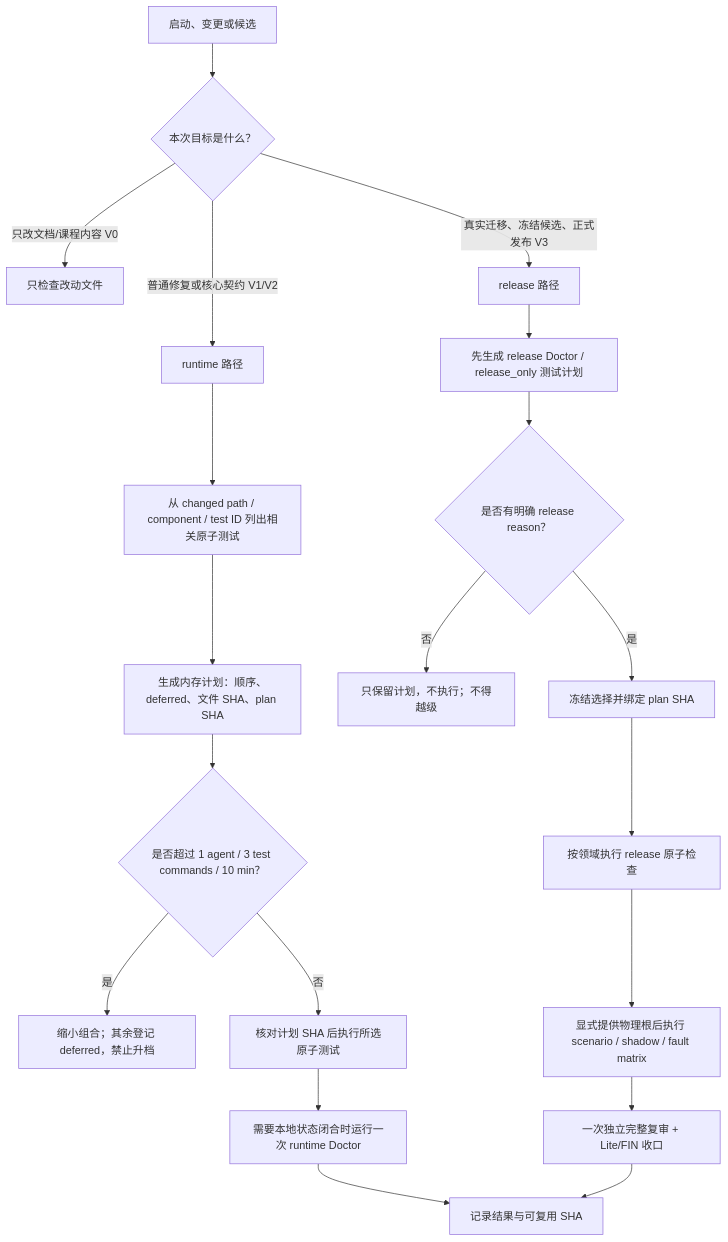
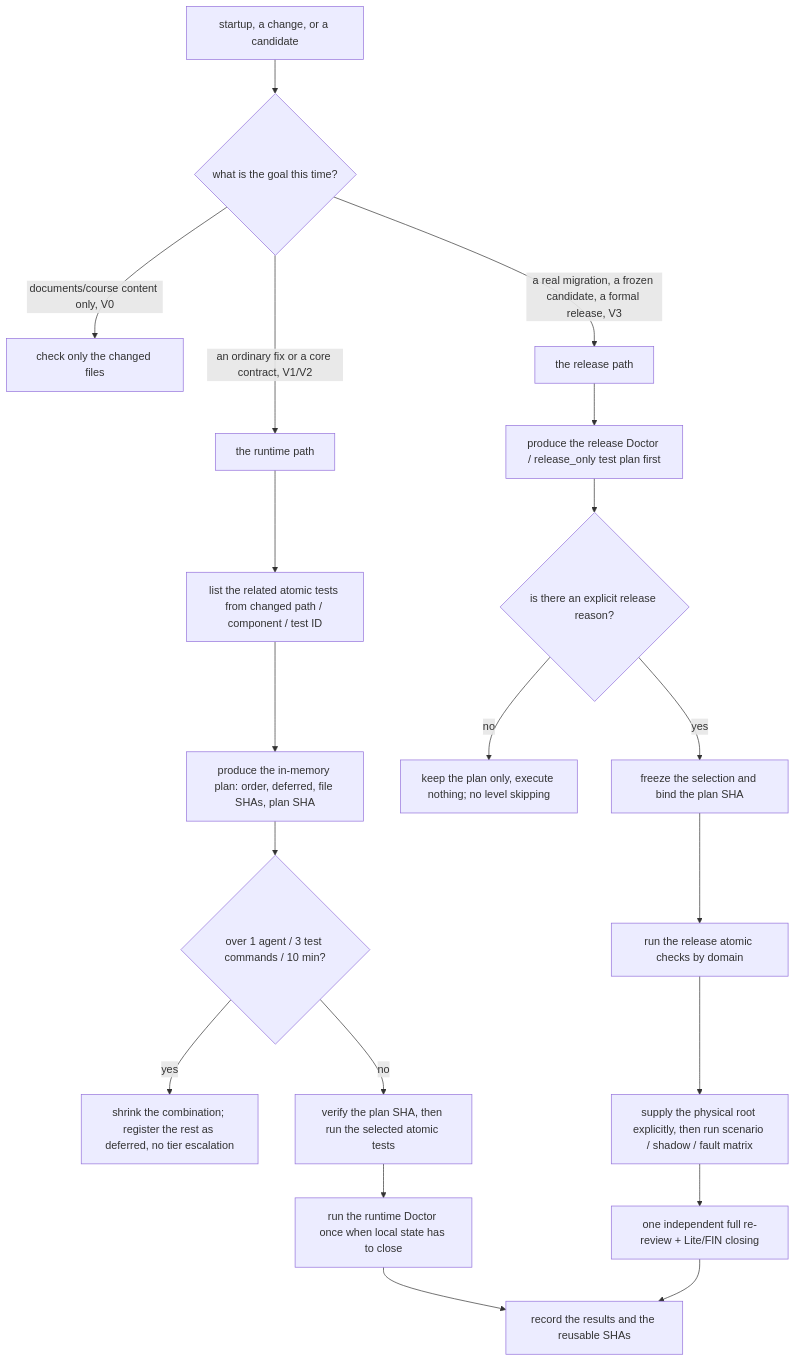
One commit to lungstrahv/T2AG changed the diagram in en/main/50_playbook/validation_flow.md. Above: the diagram before and after it, drawn with Mermaid. The commit also changed other lines of this file and 150 other files, not shown here.

Commit message:
release: sync zh@286f4fb / en@1e0b78e — P-0082 English first screen, cross-edition gate, P-0081/P-0083 test fixes; licensing wording

````diff
--- a/en/main/50_playbook/validation_flow.md
+++ b/en/main/50_playbook/validation_flow.md
@@ -10,24 +11,24 @@
 ```mermaid
 flowchart TD
-    A["启动、变更或候选"] --> B{"本次目标是什么？"}
-    B -->|"只改文档/课程内容 V0"| V0["只检查改动文件"]
-    B -->|"普通修复或核心契约 V1/V2"| R["runtime 路径"]
-    B -->|"真实迁移、冻结候选、正式发布 V3"| P["release 路径"]
+    A["startup, a change, or a candidate"] --> B{"what is the goal this time?"}
+    B -->|"documents/course content only, V0"| V0["check only the changed files"]
+    B -->|"an ordinary fix or a core contract, V1/V2"| R["the runtime path"]
+    B -->|"a real migration, a frozen candidate, a formal release, V3"| P["the release path"]
 
-    R --> R1["从 changed path / component / test ID 列出相关原子测试"]
-    R1 --> R2["生成内存计划：顺序、deferred、文件 SHA、plan SHA"]
-    R2 --> R3{"是否超过 1 agent / 3 test commands / 10 min？"}
-    R3 -->|"是"| RD["缩小组合；其余登记 deferred，禁止升档"]
-    R3 -->|"否"| R4["核对计划 SHA 后执行所选原子测试"]
-    R4 --> R5["需要本地状态闭合时运行一次 runtime Doctor"]
-    R5 --> END["记录结果与可复用 SHA"]
+    R --> R1["list the related atomic tests from changed path / component / test ID"]
+    R1 --> R2["produce the in-memory plan: order, deferred, file SHAs, plan SHA"]
+    R2 --> R3{"over 1 agent / 3 test commands / 10 min?"}
+    R3 -->|"yes"| RD["shrink the combination; register the rest as deferred, no tier escalation"]
+    R3 -->|"no"| R4["verify the plan SHA, then run the selected atomic tests"]
+    R4 --> R5["run the runtime Doctor once when local state has to close"]
+    R5 --> END["record the results and the reusable SHAs"]
 
-    P --> P1["先生成 release Doctor / release_only 测试计划"]
-    P1 --> P2{"是否有明确 release reason？"}
-    P2 -->|"否"| STOP["只保留计划，不执行；不得越级"]
-    P2 -->|"是"| P3["冻结选择并绑定 plan SHA"]
-    P3 --> P4["按领域执行 release 原子检查"]
-    P4 --> P5["显式提供物理根后执行 scenario / shadow / fault matrix"]
-    P5 --> P6["一次独立完整复审 + Lite/FIN 收口"]
+    P --> P1["produce the release Doctor / release_only test plan first"]
+    P1 --> P2{"is there an explicit release reason?"}
+    P2 -->|"no"| STOP["keep the plan only, execute nothing; no level skipping"]
+    P2 -->|"yes"| P3["freeze the selection and bind the plan SHA"]
+    P3 --> P4["run the release atomic checks by domain"]
+    P4 --> P5["supply the physical root explicitly, then run scenario / shadow / fault matrix"]
+    P5 --> P6["one independent full re-review + Lite/FIN closing"]
     P6 --> END
 ```
````
